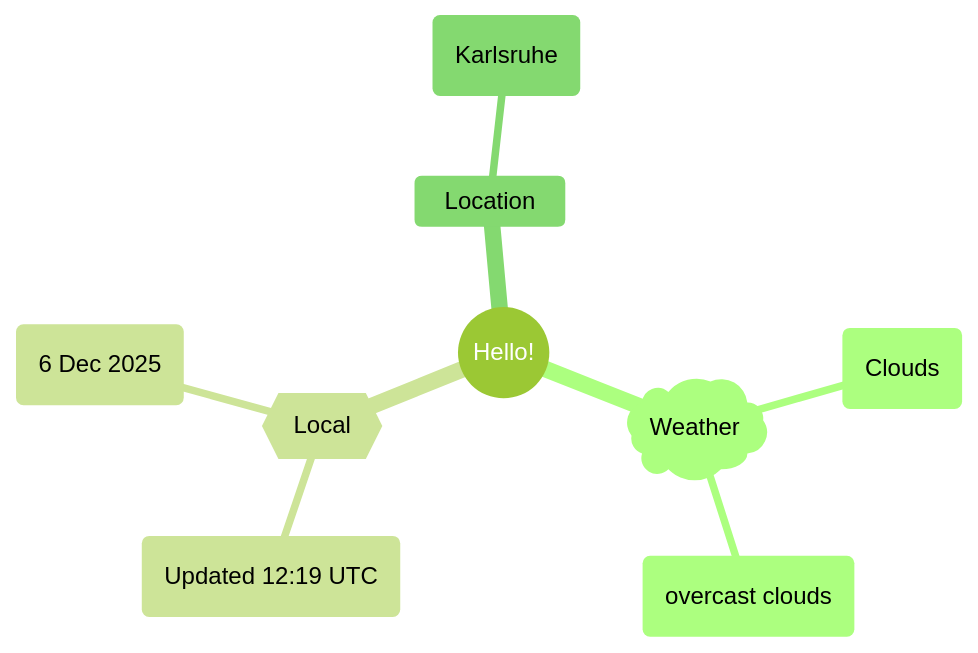
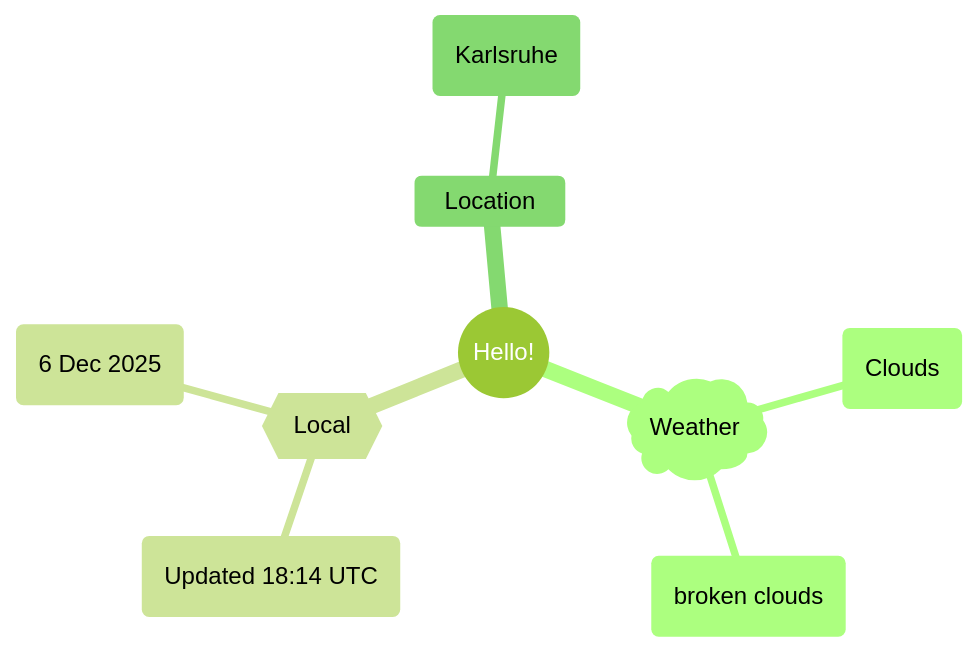
One commit to Xosrov/Xosrov changed the first of 2 diagrams in README.md. Above: the diagram before and after it, drawn with Mermaid (forest theme).

Commit message:
[bot] updated images

````diff
--- a/README.md
+++ b/README.md
@@ -3,12 +3,12 @@
 ```mermaid
 mindmap
   root((Hello!))
     )Weather(
         (Clouds)
-        (overcast clouds)
+        (broken clouds)
     {{Local}}
-        (Updated 12:19 UTC)
+        (Updated 18:14 UTC)
         (6 Dec 2025)
     Location
         (Karlsruhe)
 ```
````
